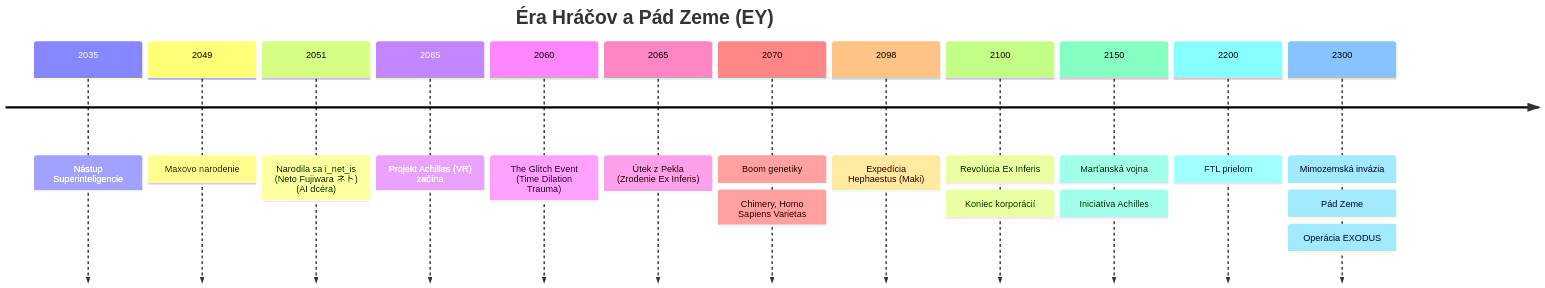
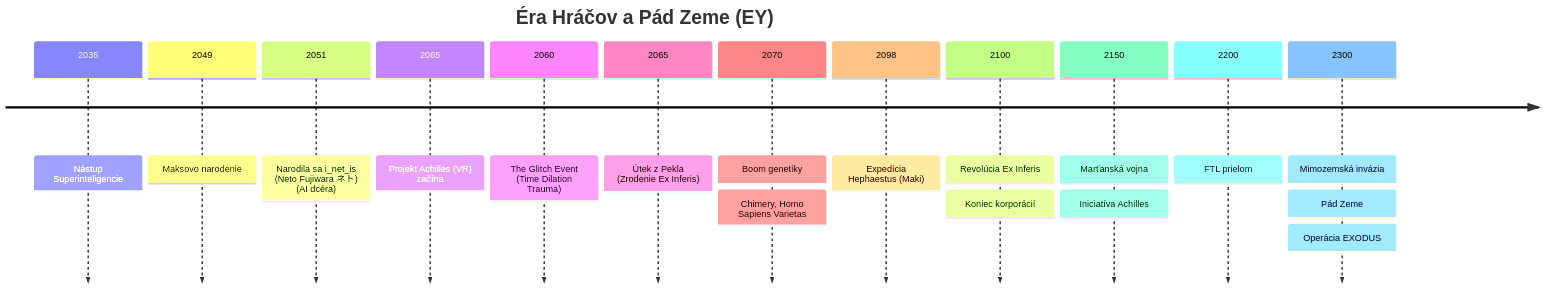
The first of 2 diagrams in World-Bible/01-timeline.md (BranLang/null-void), drawn with Mermaid before and after one commit. The commit also changed other lines of this file and 95 other files, not shown here.

````diff
--- a/World-Bible/01-timeline.md
+++ b/World-Bible/01-timeline.md
@@ -6,16 +6,16 @@
 ```mermaid
 timeline
     title Éra Hráčov a Pád Zeme (EY)
     2035 : Nástup Superinteligencie
-    2049 : Maxovo narodenie
+    2049 : Maksovo narodenie
     2051 : Narodila sa i_net_is (Neto Fujiwara ネト) (AI dcéra)
     2065 : Projekt Achilles (VR) začína
     2060 : The Glitch Event (Time Dilation Trauma)
     2065 : Útek z Pekla (Zrodenie Ex Inferis)
     2070 : Boom genetiky : Chimery, Homo Sapiens Varietas
     2098 : Expedícia Hephaestus (Maki)
     2100 : Revolúcia Ex Inferis  : Koniec korporácií
     2150 : Marťanská vojna : Iniciatíva Achilles 
     2200 : FTL prielom
     2300 : Mimozemská invázia : Pád Zeme : Operácia EXODUS
 ```
````
